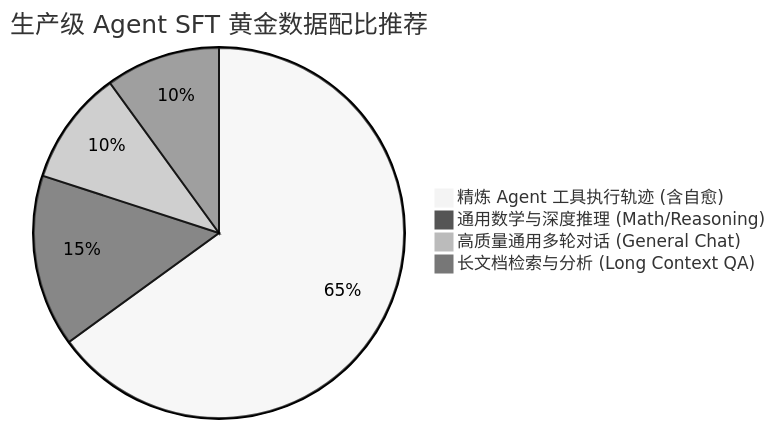
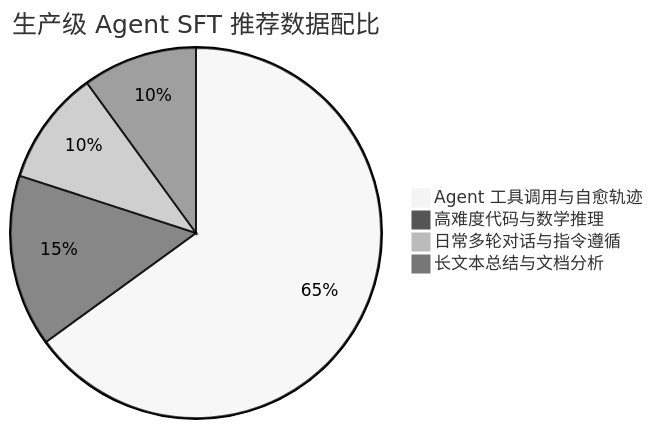
The second of 2 diagrams in app/ch08-post-training/04-post-training-pitfalls-and-generalization/page.mdx (ljh12138164/ai-agent-study), drawn with Mermaid (neutral theme) before and after one commit. The commit also changed other lines of this file and 43 other files, not shown here.

````diff
--- a/app/ch08-post-training/04-post-training-pitfalls-and-generalization/page.mdx
+++ b/app/ch08-post-training/04-post-training-pitfalls-and-generalization/page.mdx
@@ -32,7 +33,7 @@
 ```mermaid
-pie title 生产级 Agent SFT 黄金数据配比推荐
-    "精炼 Agent 工具执行轨迹 (含自愈)" : 65
-    "通用数学与深度推理 (Math/Reasoning)" : 15
-    "高质量通用多轮对话 (General Chat)" : 10
-    "长文档检索与分析 (Long Context QA)" : 10
+pie title 生产级 Agent SFT 推荐数据配比
+    "Agent 工具调用与自愈轨迹" : 65
+    "高难度代码与数学推理" : 15
+    "日常多轮对话与指令遵循" : 10
+    "长文本总结与文档分析" : 10
 ```
````
